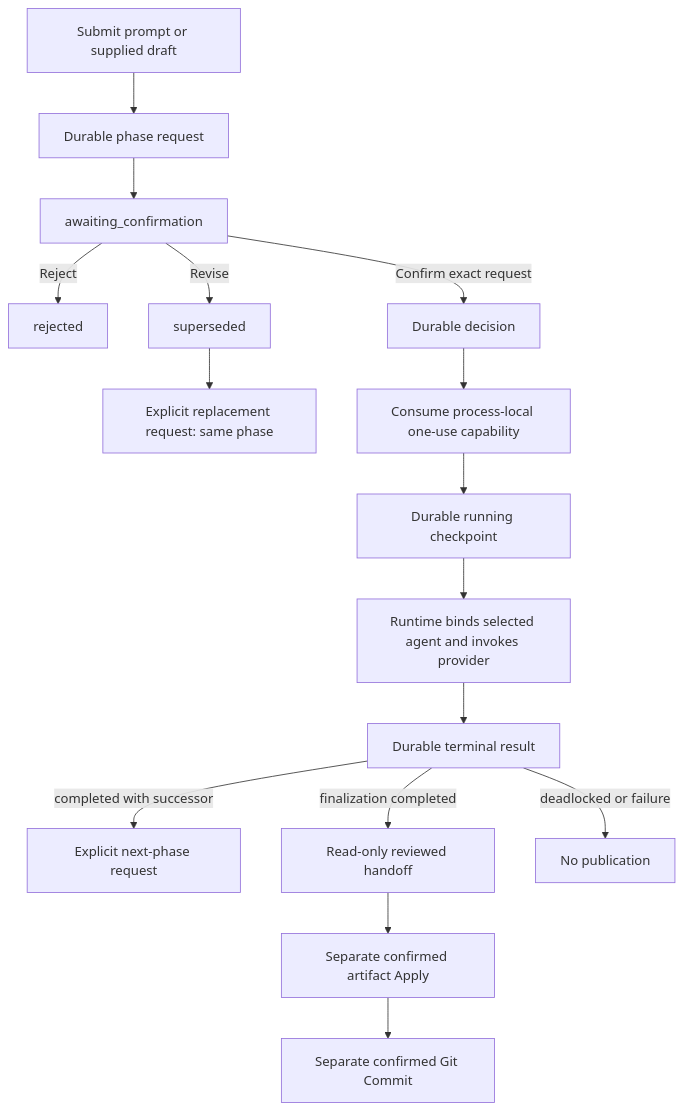
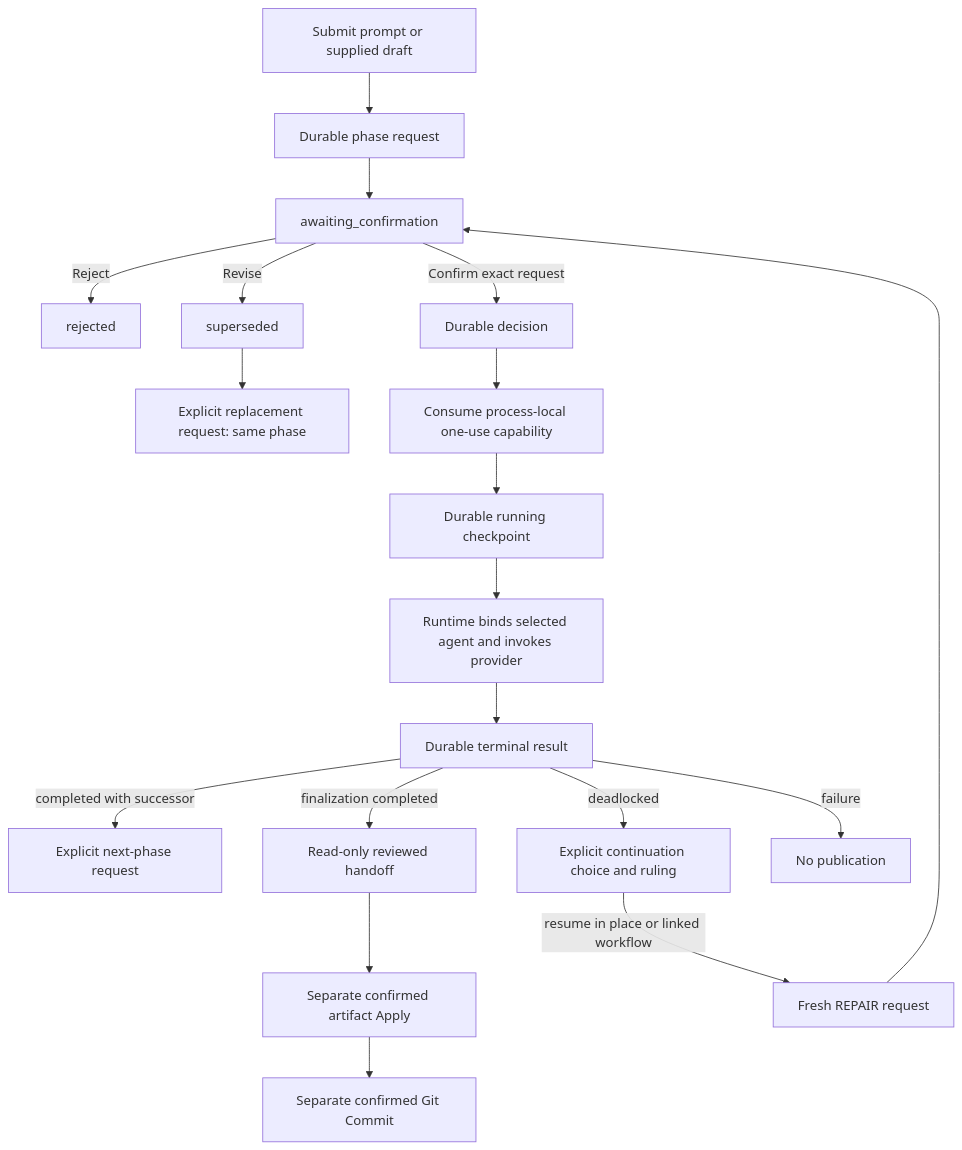
Before and after one commit to Kims-DeveloperGroup/story-writing-agents: the diagram in docs/design/consensus-workflow.md, drawn with Mermaid. The commit also changed other lines of this file and 19 other files, not shown here.

Commit message:
feat(consensus): resume deadlocked workflows

````diff
--- a/docs/design/consensus-workflow.md
+++ b/docs/design/consensus-workflow.md
@@ -11,18 +11,21 @@
 ```mermaid
 flowchart TD
     S[Submit prompt or supplied draft] --> R[Durable phase request]
     R --> A[awaiting_confirmation]
     A -->|Reject| X[rejected]
     A -->|Revise| U[superseded]
     U --> N[Explicit replacement request: same phase]
     A -->|Confirm exact request| D[Durable decision]
     D --> G[Consume process-local one-use capability]
     G --> K[Durable running checkpoint]
     K --> P[Runtime binds selected agent and invokes provider]
     P --> T[Durable terminal result]
     T -->|completed with successor| N2[Explicit next-phase request]
     T -->|finalization completed| H[Read-only reviewed handoff]
-    T -->|deadlocked or failure| Z[No publication]
+    T -->|deadlocked| C[Explicit continuation choice and ruling]
+    C -->|resume in place or linked workflow| CR[Fresh REPAIR request]
+    CR --> A
+    T -->|failure| Z[No publication]
     H --> AP[Separate confirmed artifact Apply]
     AP --> GC[Separate confirmed Git Commit]
 ```
````
